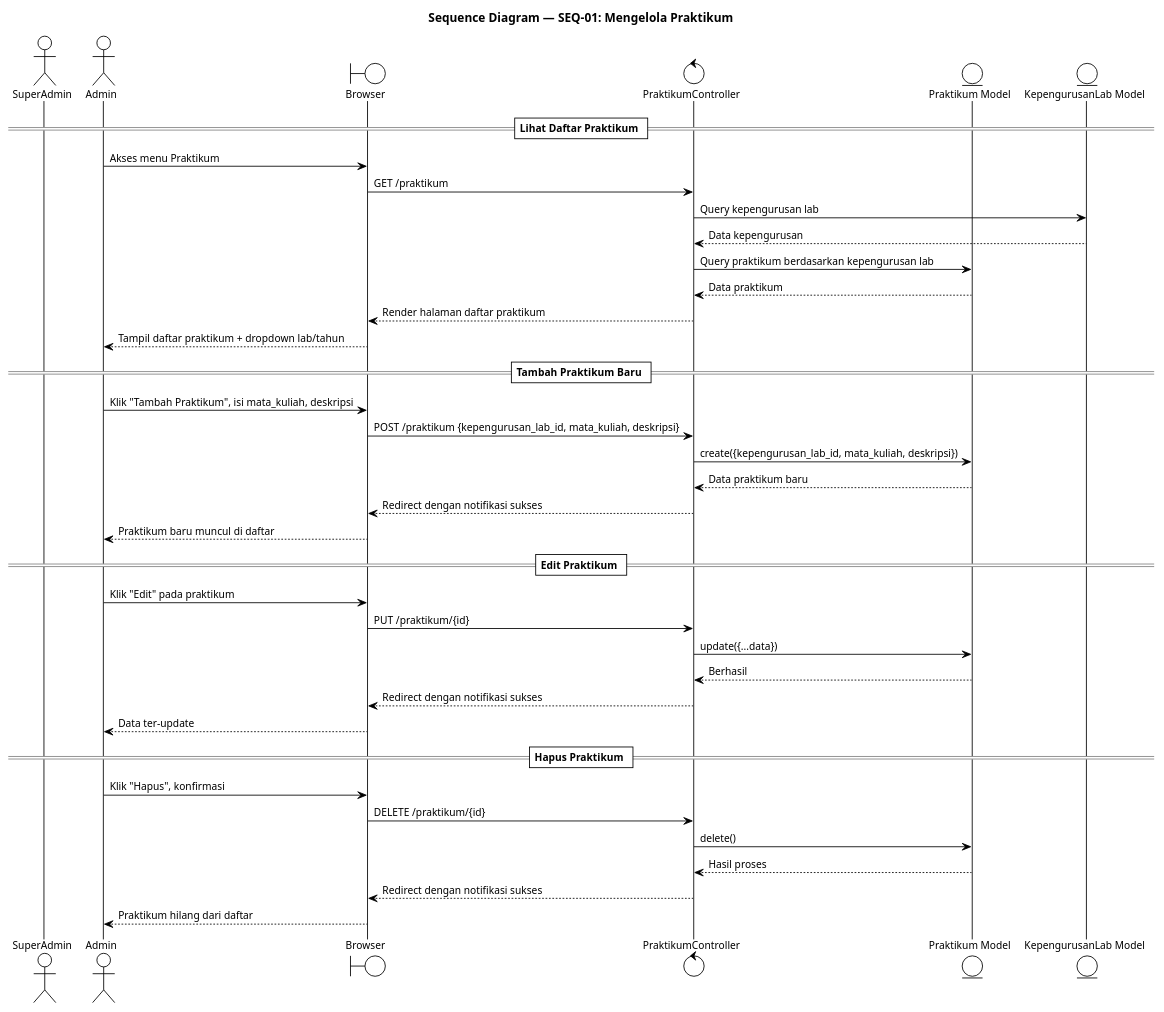
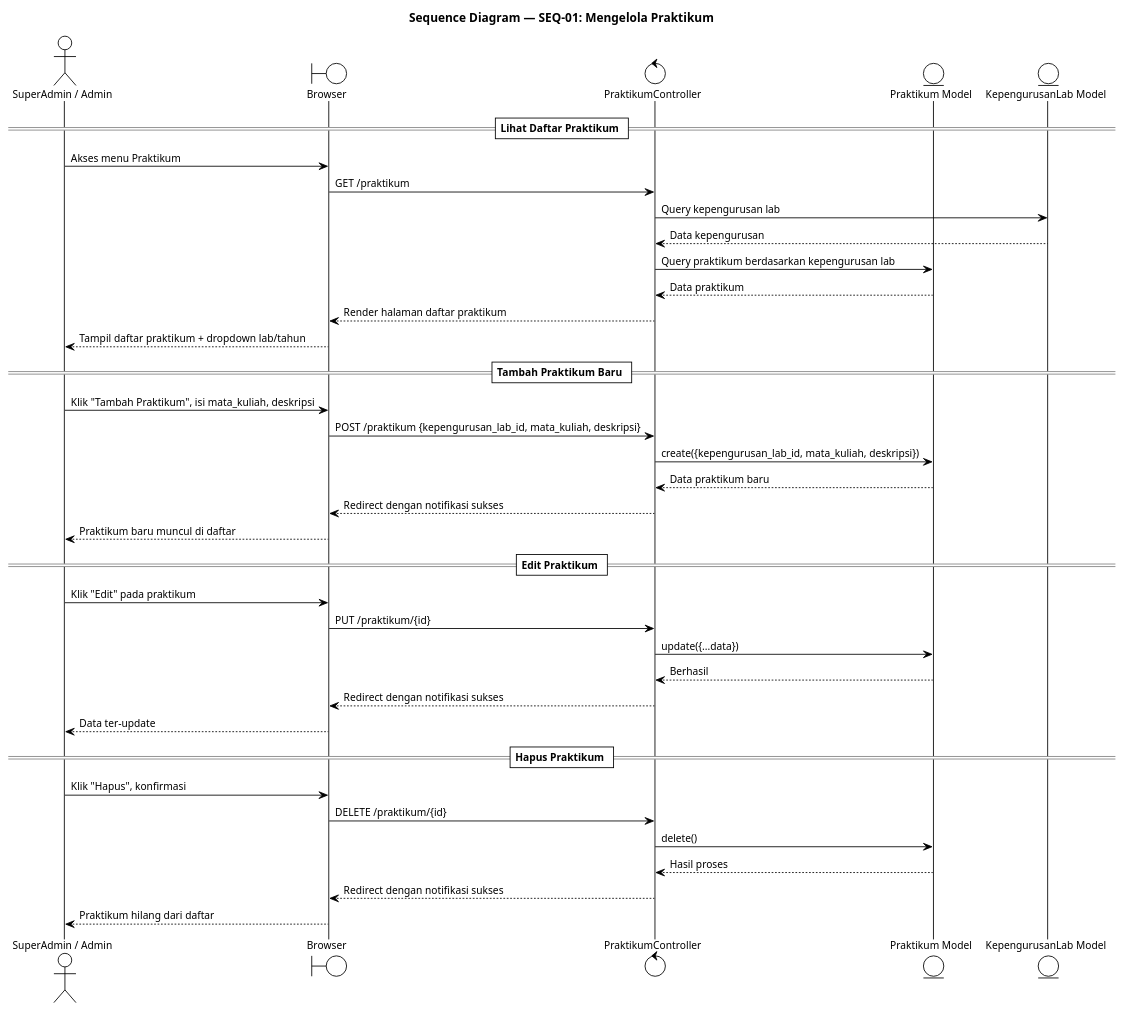
Before and after one commit to Habiboys/SILAB-DSI: the diagram in docs/praktikum/sequence/SEQ_01_MENGELOLA_PRAKTIKUM.puml, drawn with PlantUML. The commit also changed 261 other files, not shown here.

```diff
--- a/docs/praktikum/sequence/SEQ_01_MENGELOLA_PRAKTIKUM.puml
+++ b/docs/praktikum/sequence/SEQ_01_MENGELOLA_PRAKTIKUM.puml
@@ -1,61 +1,60 @@
 @startuml SEQ_01_MENGELOLA_PRAKTIKUM
 !theme plain
 skinparam defaultFontSize 12
 skinparam TitleFontSize 14
 title Sequence Diagram — SEQ-01: Mengelola Praktikum
 
-actor       "SuperAdmin"                 as SuperAdmin
 
-actor       "Admin"                 as Admin
+actor       "SuperAdmin / Admin"                 as Admin
 boundary    "Browser"               as Browser
 control     "PraktikumController"   as Controller
 entity      "Praktikum Model"       as Model
 entity      "KepengurusanLab Model" as ModelKL
 
 == Lihat Daftar Praktikum ==
 
 Admin   -> Browser     : Akses menu Praktikum
 
 Browser -> Controller  : GET /praktikum
 
 Controller -> ModelKL  : Query kepengurusan lab
 ModelKL --> Controller : Data kepengurusan
 Controller -> Model    : Query praktikum berdasarkan kepengurusan lab
 Model --> Controller   : Data praktikum
 Controller --> Browser : Render halaman daftar praktikum
 Browser --> Admin      : Tampil daftar praktikum + dropdown lab/tahun
 
 == Tambah Praktikum Baru ==
 
 Admin   -> Browser     : Klik "Tambah Praktikum", isi mata_kuliah, deskripsi
 
 Browser -> Controller  : POST /praktikum {kepengurusan_lab_id, mata_kuliah, deskripsi}
 
 Controller -> Model    : create({kepengurusan_lab_id, mata_kuliah, deskripsi})
 Model --> Controller   : Data praktikum baru
 Controller --> Browser : Redirect dengan notifikasi sukses
 Browser --> Admin      : Praktikum baru muncul di daftar
 
 == Edit Praktikum ==
 
 Admin   -> Browser     : Klik "Edit" pada praktikum
 
 Browser -> Controller  : PUT /praktikum/{id}
 
 Controller -> Model    : update({...data})
 Model --> Controller   : Berhasil
 Controller --> Browser : Redirect dengan notifikasi sukses
 Browser --> Admin      : Data ter-update
 
 == Hapus Praktikum ==
 
 Admin   -> Browser     : Klik "Hapus", konfirmasi
 
 Browser -> Controller  : DELETE /praktikum/{id}
 
 Controller -> Model    : delete()
 Model --> Controller : Hasil proses
 Controller --> Browser : Redirect dengan notifikasi sukses
 Browser --> Admin      : Praktikum hilang dari daftar
 
 @enduml
```
